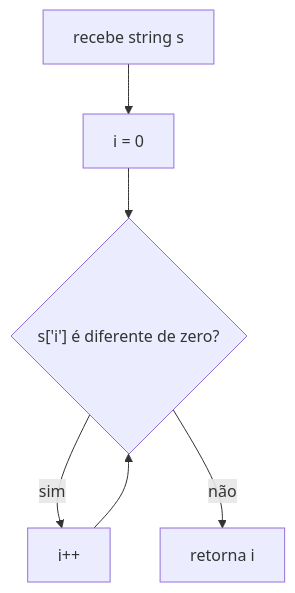
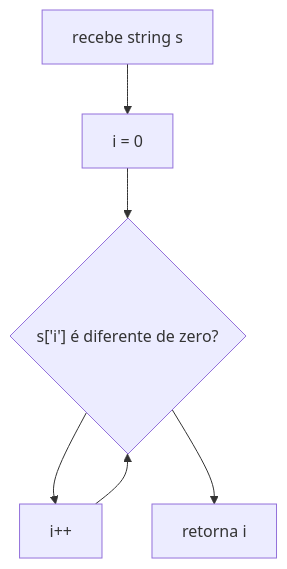
The sixth of 43 diagrams in 1-libft/Readme.md (ahy-git/docs), drawn with Mermaid before and after one commit. The commit also changed other lines of this file, not shown here.

````diff
--- a/1-libft/Readme.md
+++ b/1-libft/Readme.md
@@ -621,8 +621,8 @@
 ```mermaid
 flowchart TD
 	A["recebe string s"] --> B["i = 0"]
 	B --> C{"s['i'] é diferente de zero?"}
-	C -- sim --> D["i++"]
+	C --> D["i++"]
 	D --> C
-	C -- não --> E["retorna i"]
+	C --> E["retorna i"]
 ```
````
